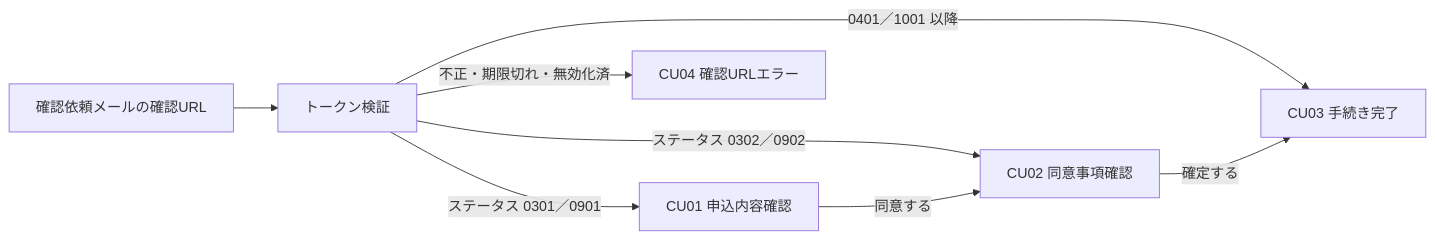
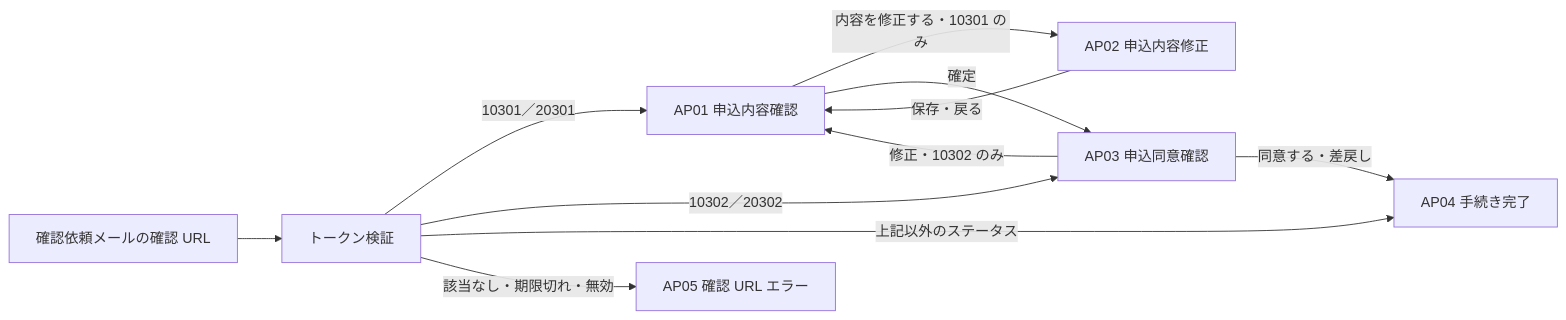
Before and after one commit to yasudaProduct/JavaServletSample2: the second of 2 diagrams in docs/basic-design/11-screen-design.md, drawn with Mermaid. The commit also changed other lines of this file and 26 other files, not shown here.

````diff
--- a/docs/basic-design/11-screen-design.md
+++ b/docs/basic-design/11-screen-design.md
@@ -66,10 +86,13 @@
 ```mermaid
 flowchart LR
-    MAIL[確認依頼メールの確認URL] --> CHK[トークン検証]
-    CHK -- ステータス 0301／0901 --> CU01[CU01 申込内容確認]
-    CHK -- ステータス 0302／0902 --> CU02[CU02 同意事項確認]
-    CHK -- 0401／1001 以降 --> CU03[CU03 手続き完了]
-    CHK -- 不正・期限切れ・無効化済 --> CU04[CU04 確認URLエラー]
-    CU01 -- 同意する --> CU02
-    CU02 -- 確定する --> CU03
+    MAIL[確認依頼メールの確認 URL] --> CHK[トークン検証]
+    CHK -- 10301／20301 --> AP01[AP01 申込内容確認]
+    CHK -- 10302／20302 --> AP03[AP03 申込同意確認]
+    CHK -- 上記以外のステータス --> AP04[AP04 手続き完了]
+    CHK -- 該当なし・期限切れ・無効 --> AP05[AP05 確認 URL エラー]
+    AP01 -- 内容を修正する・10301 のみ --> AP02[AP02 申込内容修正]
+    AP02 -- 保存・戻る --> AP01
+    AP01 -- 確定 --> AP03
+    AP03 -- 修正・10302 のみ --> AP01
+    AP03 -- 同意する・差戻し --> AP04
 ```
````
